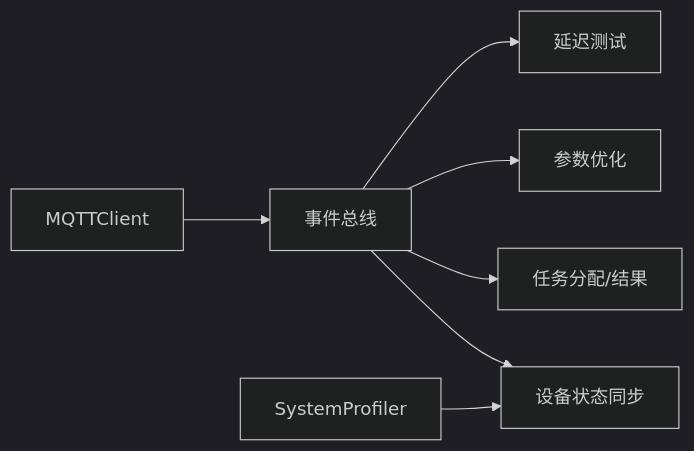
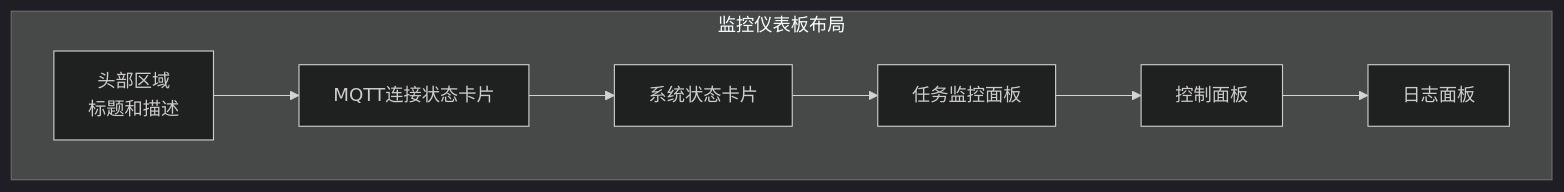
One commit to huo65/OH-Co3 changed the sixth of 11 diagrams in .qoder/repowiki/zh/content/UI 界面系统/推理测试界面.md. Above: the diagram before and after it, drawn with Mermaid (dark theme). The commit also changed other lines of this file and 12 other files, not shown here.

````diff
--- a/.qoder/repowiki/zh/content/UI 界面系统/推理测试界面.md
+++ b/.qoder/repowiki/zh/content/UI 界面系统/推理测试界面.md
@@ -324,9 +355,16 @@
 ```mermaid
-graph LR
-MQTT["MQTTClient"] --> EVT["事件总线"]
-EVT --> DEV["设备状态同步"]
-EVT --> TASK["任务分配/结果"]
-EVT --> PARAM["参数优化"]
-EVT --> LAT["延迟测试"]
-SYS["SystemProfiler"] --> DEV
+graph TB
+subgraph "监控仪表板布局"
+Header["头部区域<br/>标题和描述"]
+MQTT["MQTT连接状态卡片"]
+System["系统状态卡片"]
+Task["任务监控面板"]
+Control["控制面板"]
+Log["日志面板"]
+end
+Header --> MQTT
+MQTT --> System
+System --> Task
+Task --> Control
+Control --> Log
 ```
````
